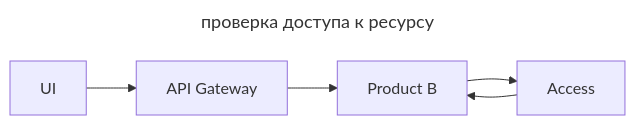
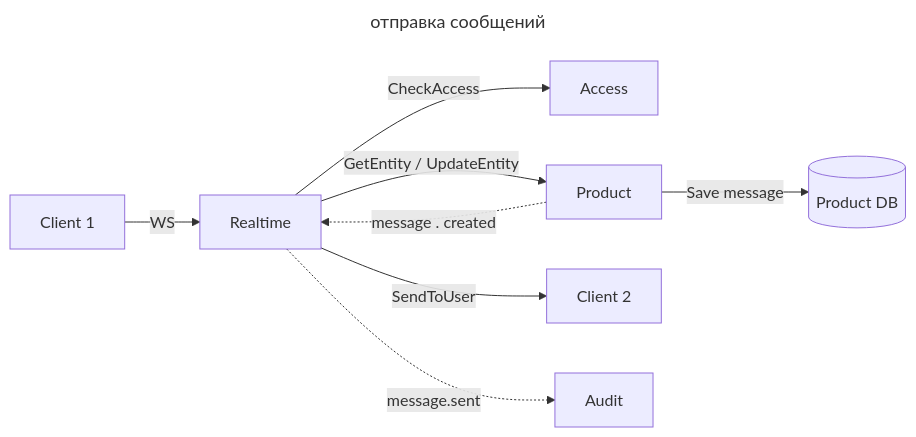
Diagram 13 of 13 in task1/schema.md (HotCucumber1/account), drawn with Mermaid before and after one commit. The commit also changed other lines of this file and 1 other file, not shown here.

Commit message:
[schema] Вторая версия схемы

````diff
--- a/task1/schema.md
+++ b/task1/schema.md
@@ -215,13 +489,14 @@
 ```mermaid
 ---
-title: проверка доступа к ресурсу
+title: отправка сообщений
 ---
+
 flowchart LR
-    A[UI]
-    B[API Gateway]
-    C[Product B]
-    D[Access]
-    A --> B --> C
-    C --> D
-    D --> C
+    A[Client 1] -->|WS| R[Realtime]
+    R -->|CheckAccess| Z[Access]
+    R -->|GetEntity / UpdateEntity| P[Product]
+    P -->|Save message| DB[(Product DB)]
+    P -.->|message . created| R
+    R -->|SendToUser| B[Client 2]
+    R -.->|message.sent| D[Audit]
 ```
````
